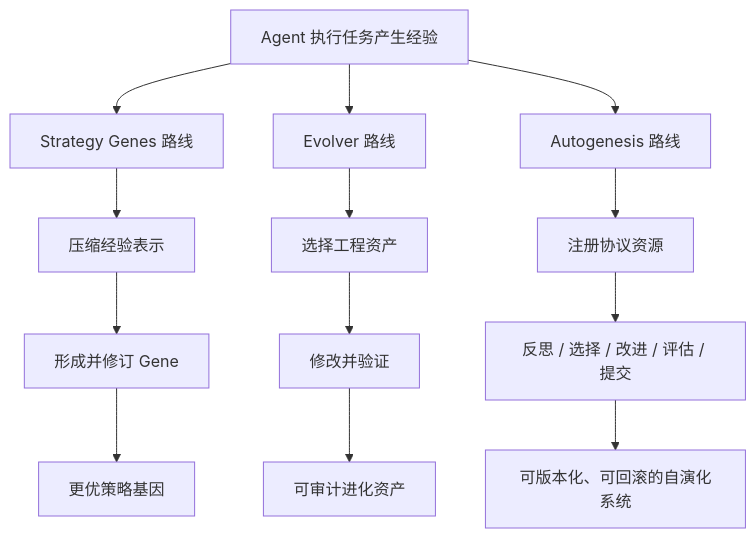
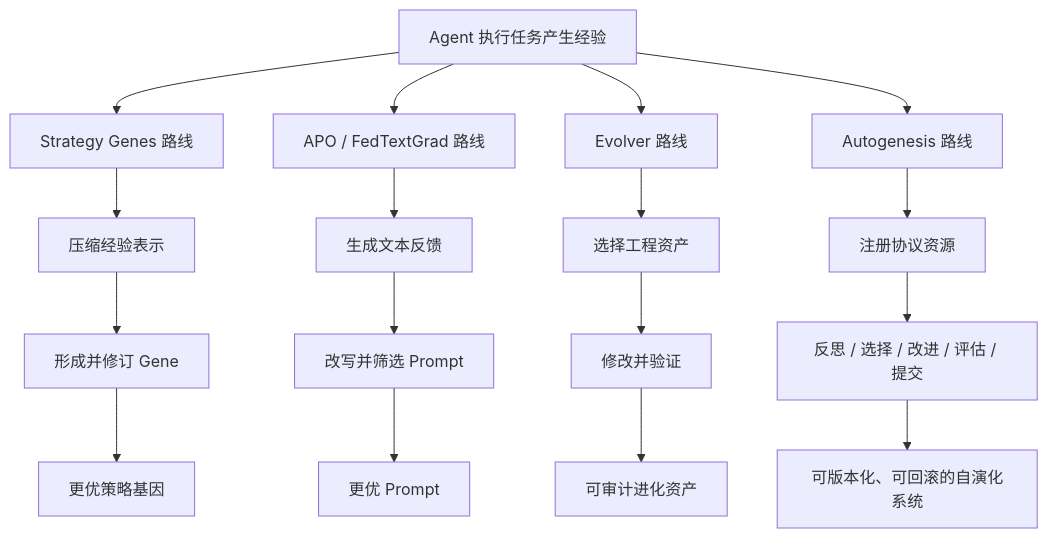
Before and after one commit to pofossette/guidebooks: the tenth of 20 diagrams in docs/agent-engineering/self-evolve/路线总览.md, drawn with Mermaid. The commit also changed other lines of this file and 11 other files, not shown here.

````diff
--- a/docs/agent-engineering/self-evolve/路线总览.md
+++ b/docs/agent-engineering/self-evolve/路线总览.md
@@ -188,15 +207,19 @@
 ```mermaid
 flowchart TD
     A[Agent 执行任务产生经验] --> B3[Strategy Genes 路线]
+    A --> B3a[APO / FedTextGrad 路线]
     A --> B4[Evolver 路线]
     B3 --> C3[压缩经验表示]
     C3 --> D3[形成并修订 Gene]
     D3 --> E3[更优策略基因]
+    B3a --> C3a[生成文本反馈]
+    C3a --> D3a[改写并筛选 Prompt]
+    D3a --> E3a[更优 Prompt]
     B4 --> C4[选择工程资产]
     C4 --> D4[修改并验证]
     D4 --> E4[可审计进化资产]
     A --> B6[Autogenesis 路线]
     B6 --> C6[注册协议资源]
     C6 --> D6[反思 / 选择 / 改进 / 评估 / 提交]
     D6 --> E6[可版本化、可回滚的自演化系统]
 ```
````
